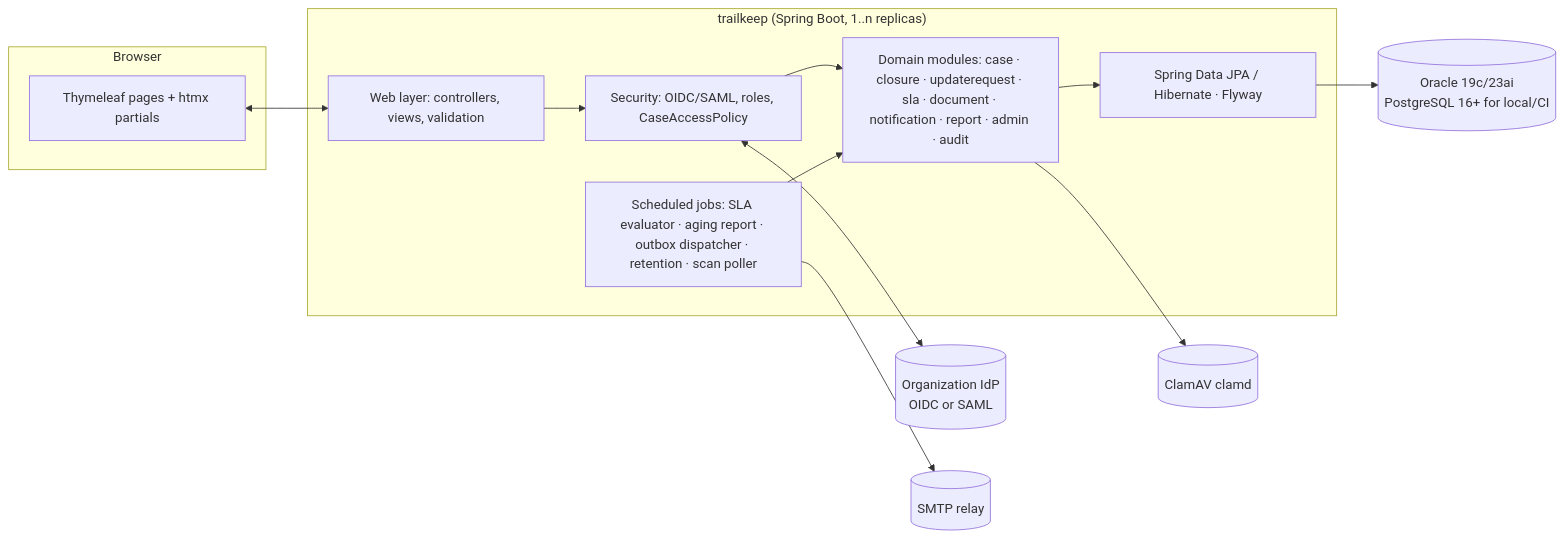
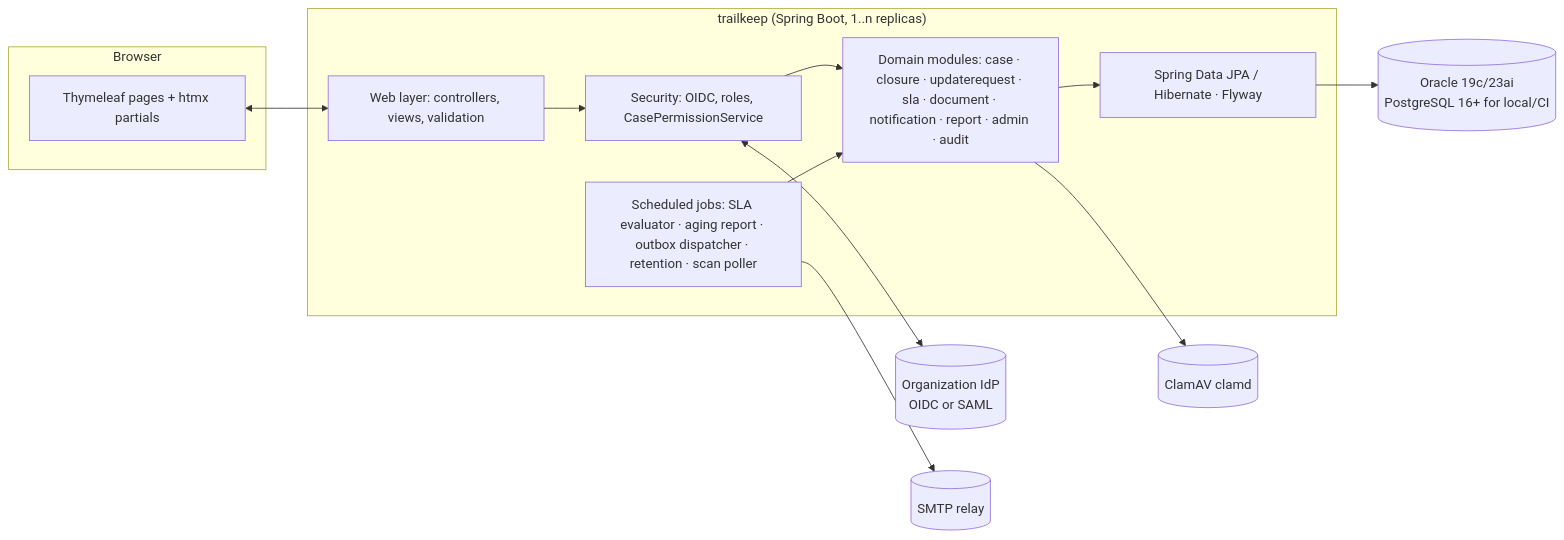
The third of 3 diagrams in BUILD_PLAN.md (techautomator414/trailkeep), drawn with Mermaid before and after one commit. The commit also changed other lines of this file and 2 other files, not shown here.

````diff
--- a/BUILD_PLAN.md
+++ b/BUILD_PLAN.md
@@ -316,23 +348,23 @@
 ```mermaid
 flowchart LR
   subgraph Browser
     UI[Thymeleaf pages + htmx partials]
   end
   subgraph App["trailkeep (Spring Boot, 1..n replicas)"]
     Web[Web layer: controllers, views, validation]
-    Sec[Security: OIDC/SAML, roles, CaseAccessPolicy]
+    Sec[Security: OIDC, roles, CasePermissionService]
     Dom[Domain modules: case · closure · updaterequest · sla · document · notification · report · admin · audit]
     Jobs[Scheduled jobs: SLA evaluator · aging report · outbox dispatcher · retention · scan poller]
     JPA[Spring Data JPA / Hibernate · Flyway]
   end
   IdP[(Organization IdP\nOIDC or SAML)]
   DB[(Oracle 19c/23ai\nPostgreSQL 16+ for local/CI)]
   SMTP[(SMTP relay)]
   AV[(ClamAV clamd)]
   UI <--> Web
   Web --> Sec --> Dom --> JPA --> DB
   Jobs --> Dom
   Sec <--> IdP
   Jobs --> SMTP
   Dom --> AV
 ```
````
